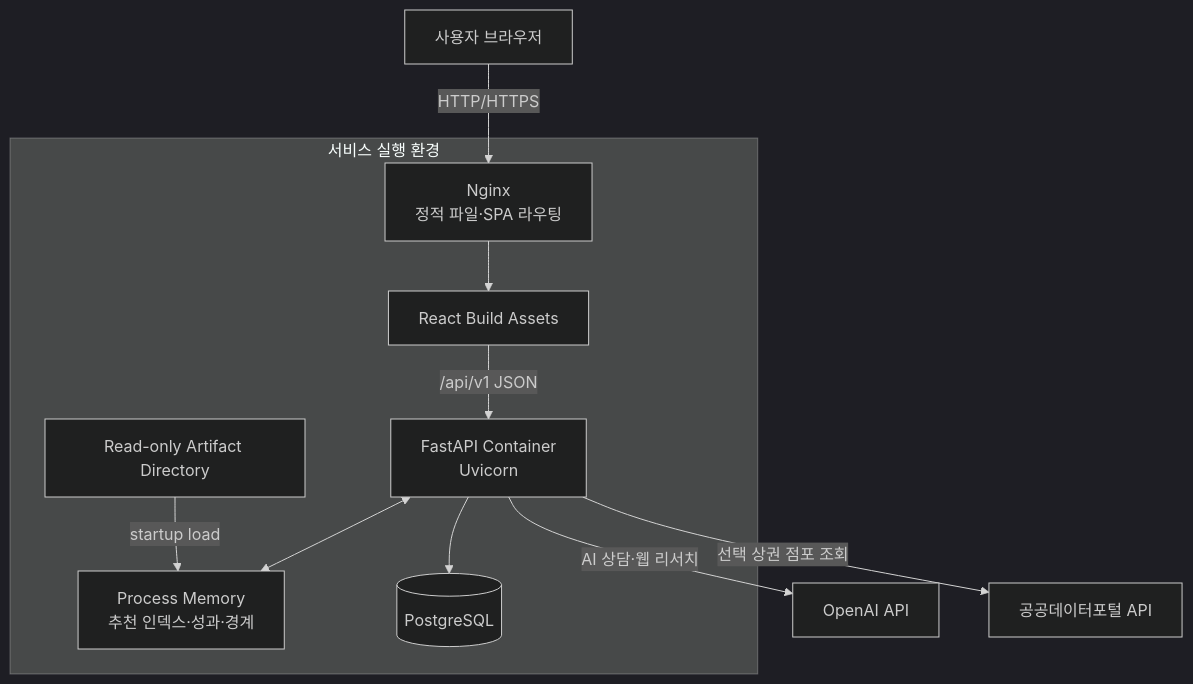
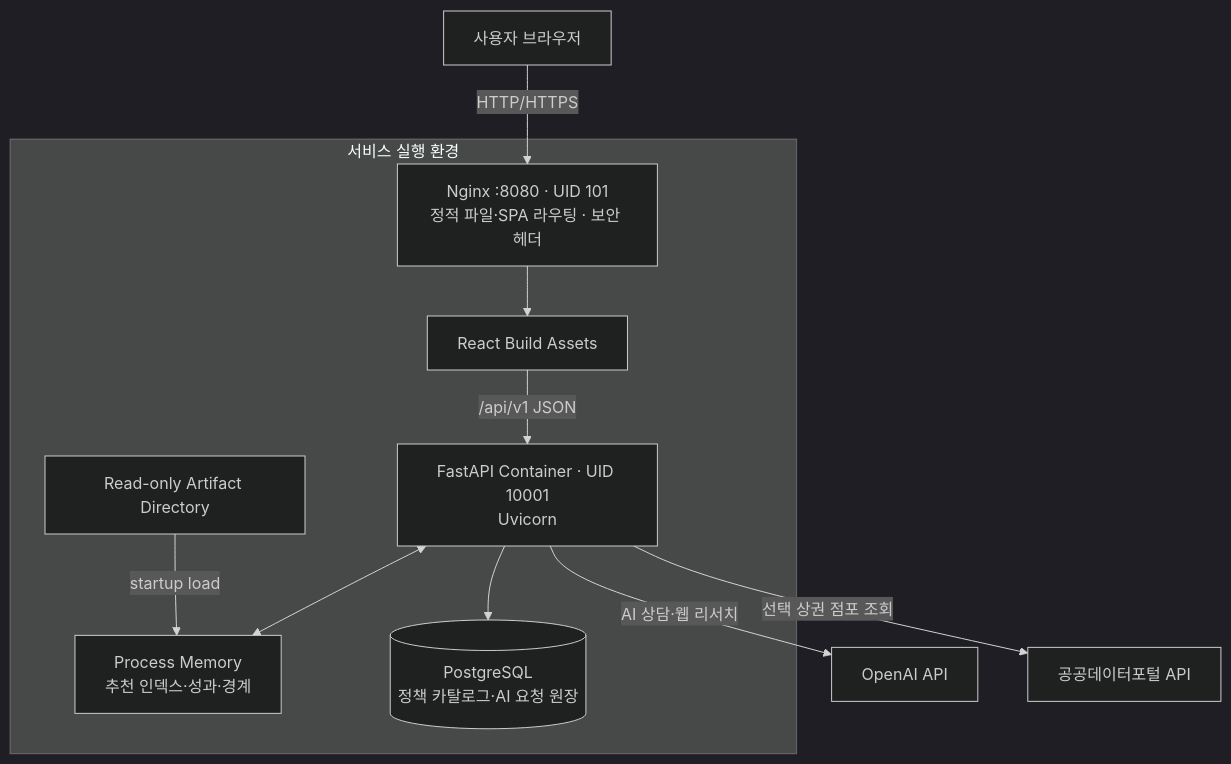
The fifth of 7 diagrams in docs/system-diagrams.md (SHS0814/locationfit), drawn with Mermaid (dark theme) before and after one commit. The commit also changed other lines of this file and 15 other files, not shown here.

````diff
--- a/docs/system-diagrams.md
+++ b/docs/system-diagrams.md
@@ -402,26 +402,26 @@
 ```mermaid
 flowchart TB
     user["사용자 브라우저"]
 
     subgraph host["서비스 실행 환경"]
-        nginx["Nginx<br/>정적 파일·SPA 라우팅"]
+        nginx["Nginx :8080 · UID 101<br/>정적 파일·SPA 라우팅 · 보안 헤더"]
         frontend["React Build Assets"]
-        backend["FastAPI Container<br/>Uvicorn"]
+        backend["FastAPI Container · UID 10001<br/>Uvicorn"]
         memory["Process Memory<br/>추천 인덱스·성과·경계"]
         artifactVolume["Read-only Artifact Directory"]
-        database[("PostgreSQL")]
+        database[("PostgreSQL<br/>정책 카탈로그·AI 요청 원장")]
 
         nginx --> frontend
         backend <--> memory
         artifactVolume -->|startup load| memory
         backend --> database
     end
 
     openai["OpenAI API"]
     dataGoKr["공공데이터포털 API"]
 
     user -->|HTTP/HTTPS| nginx
     frontend -->|/api/v1 JSON| backend
     backend -->|AI 상담·웹 리서치| openai
     backend -->|선택 상권 점포 조회| dataGoKr
 ```
````
